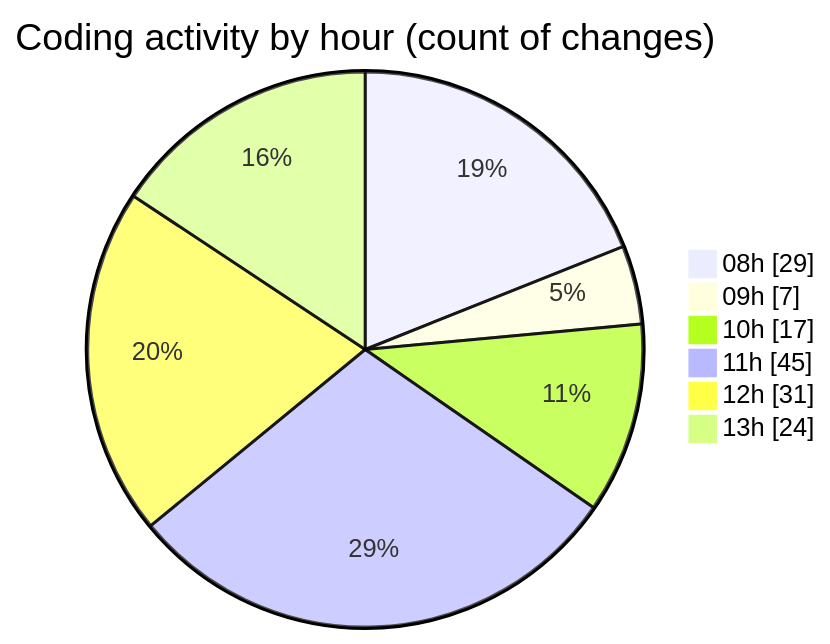
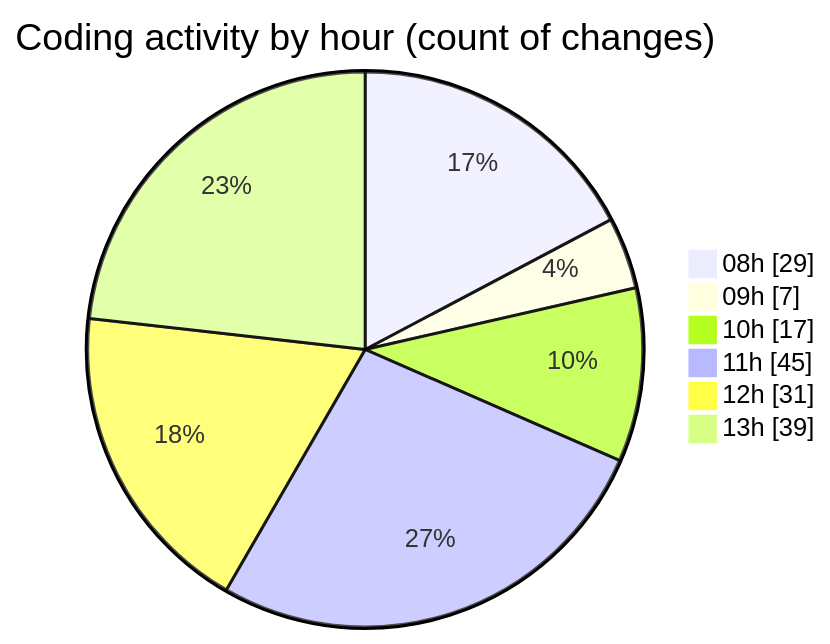
The second of 2 diagrams in 2025-04-09/cda/README.md (momahboobian/code-tracking), drawn with Mermaid before and after one commit. The commit also changed other lines of this file and 1 other file, not shown here.

````diff
--- a/2025-04-09/cda/README.md
+++ b/2025-04-09/cda/README.md
@@ -54,10 +54,10 @@
 ```mermaid
 pie showData
 title Coding activity by hour (count of changes)
 "08h" : 29
 "09h" : 7
 "10h" : 17
 "11h" : 45
 "12h" : 31
-"13h" : 24
+"13h" : 39
 ```
````
